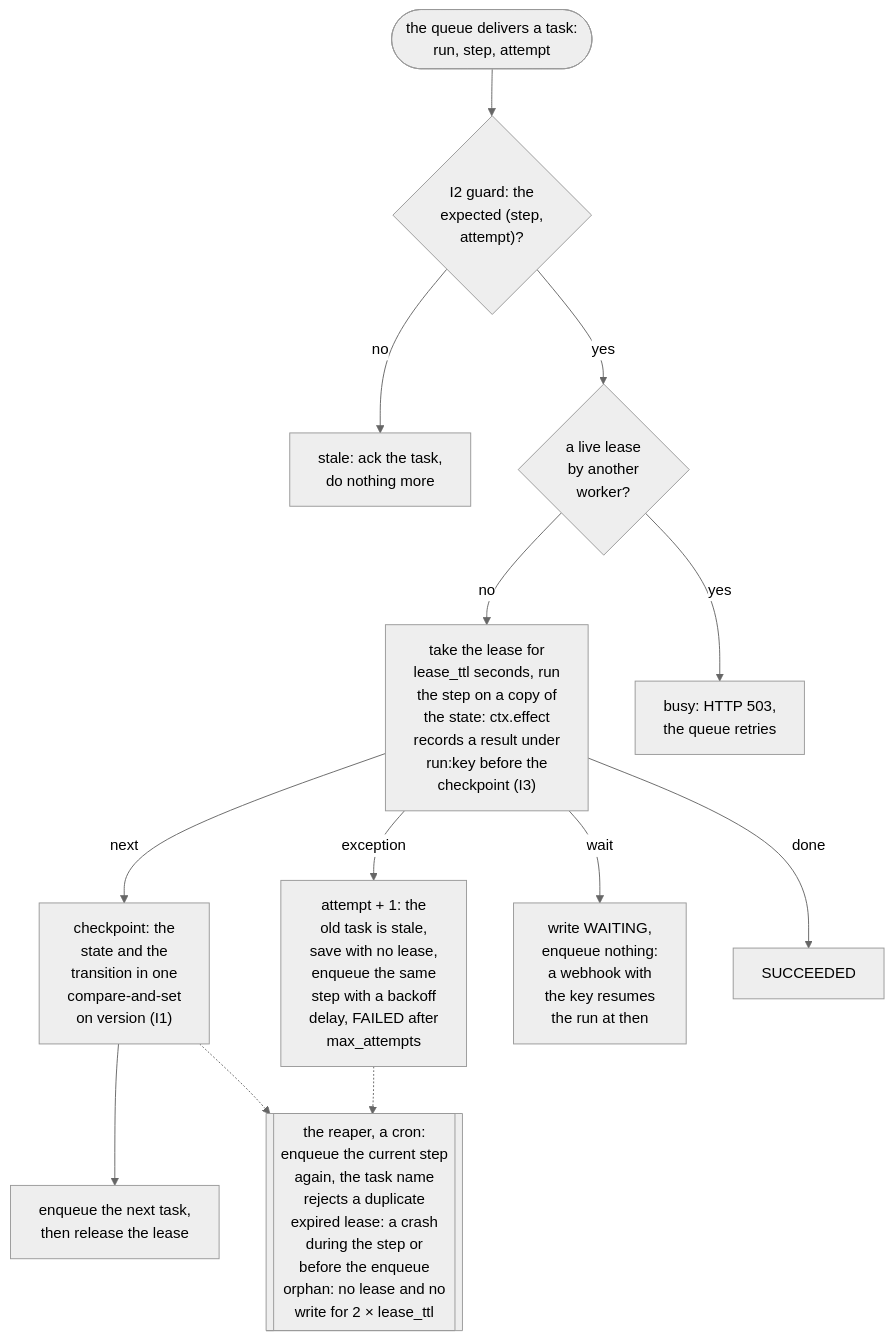
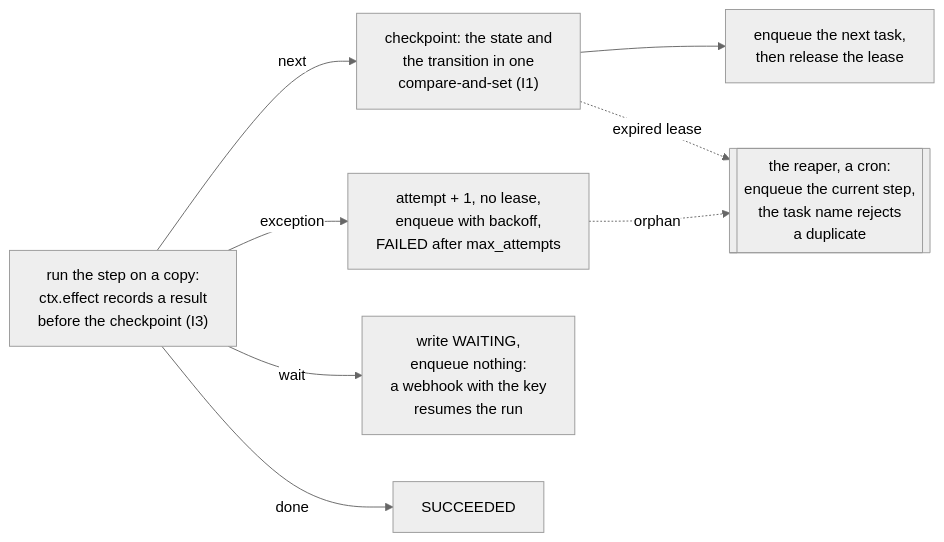
The second of 2 diagrams in 07-application-agent-framework/long-running-durable/lra-core/PRIMER.md (aniryou/full-stack-agentic-engineer), drawn with Mermaid (neutral theme) before and after one commit. The commit also changed other lines of this file and 633 other files, not shown here.

First line of the commit message:
Accessible language and one-screen figures, part 1: every figure fits a screen, the STE second pass over the layers (#53)

````diff
--- a/07-application-agent-framework/long-running-durable/lra-core/PRIMER.md
+++ b/07-application-agent-framework/long-running-durable/lra-core/PRIMER.md
@@ -17,16 +28,12 @@
 ```mermaid
-flowchart TB
-  T(["the queue delivers a task:<br/>run, step, attempt"]) --> G{"I2 guard: the<br/>expected (step,<br/>attempt)?"}
-  G -- no --> S["stale: ack the task,<br/>do nothing more"]
-  G -- yes --> L{"a live lease<br/>by another<br/>worker?"}
-  L -- no --> ST["take the lease for<br/>lease_ttl seconds, run<br/>the step on a copy of<br/>the state: ctx.effect<br/>records a result under<br/>run:key before the<br/>checkpoint (I3)"]
-  L -- yes --> B["busy: HTTP 503,<br/>the queue retries"]
-  ST -- next --> C["checkpoint: the<br/>state and the<br/>transition in one<br/>compare-and-set<br/>on version (I1)"]
-  ST -- exception --> R["attempt + 1: the<br/>old task is stale,<br/>save with no lease,<br/>enqueue the same<br/>step with a backoff<br/>delay, FAILED after<br/>max_attempts"]
-  ST -- wait --> W["write WAITING,<br/>enqueue nothing:<br/>a webhook with<br/>the key resumes<br/>the run at then"]
+flowchart LR
+  ST["run the step on a copy:<br/>ctx.effect records a result<br/>before the checkpoint (I3)"]
+  ST -- next --> C["checkpoint: the state and<br/>the transition in one<br/>compare-and-set (I1)"]
+  ST -- exception --> R["attempt + 1, no lease,<br/>enqueue with backoff,<br/>FAILED after max_attempts"]
+  ST -- wait --> W["write WAITING,<br/>enqueue nothing:<br/>a webhook with the key<br/>resumes the run"]
   ST -- done --> D["SUCCEEDED"]
   C --> E["enqueue the next task,<br/>then release the lease"]
-  C -.-> RP
-  R -.-> RP
-  RP[["the reaper, a cron:<br/>enqueue the current step<br/>again, the task name<br/>rejects a duplicate<br/>expired lease: a crash<br/>during the step or<br/>before the enqueue<br/>orphan: no lease and no<br/>write for 2 × lease_ttl"]]
+  C -. expired lease .-> RP
+  R -. orphan .-> RP
+  RP[["the reaper, a cron:<br/>enqueue the current step,<br/>the task name rejects<br/>a duplicate"]]
 ```
````
